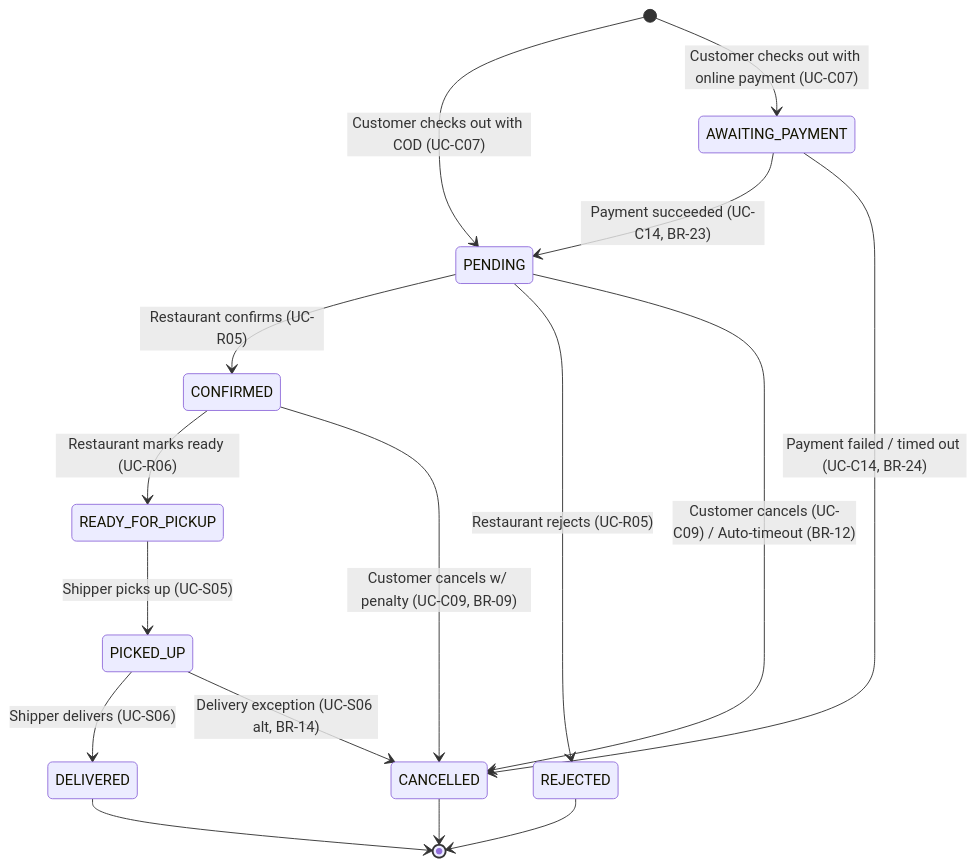
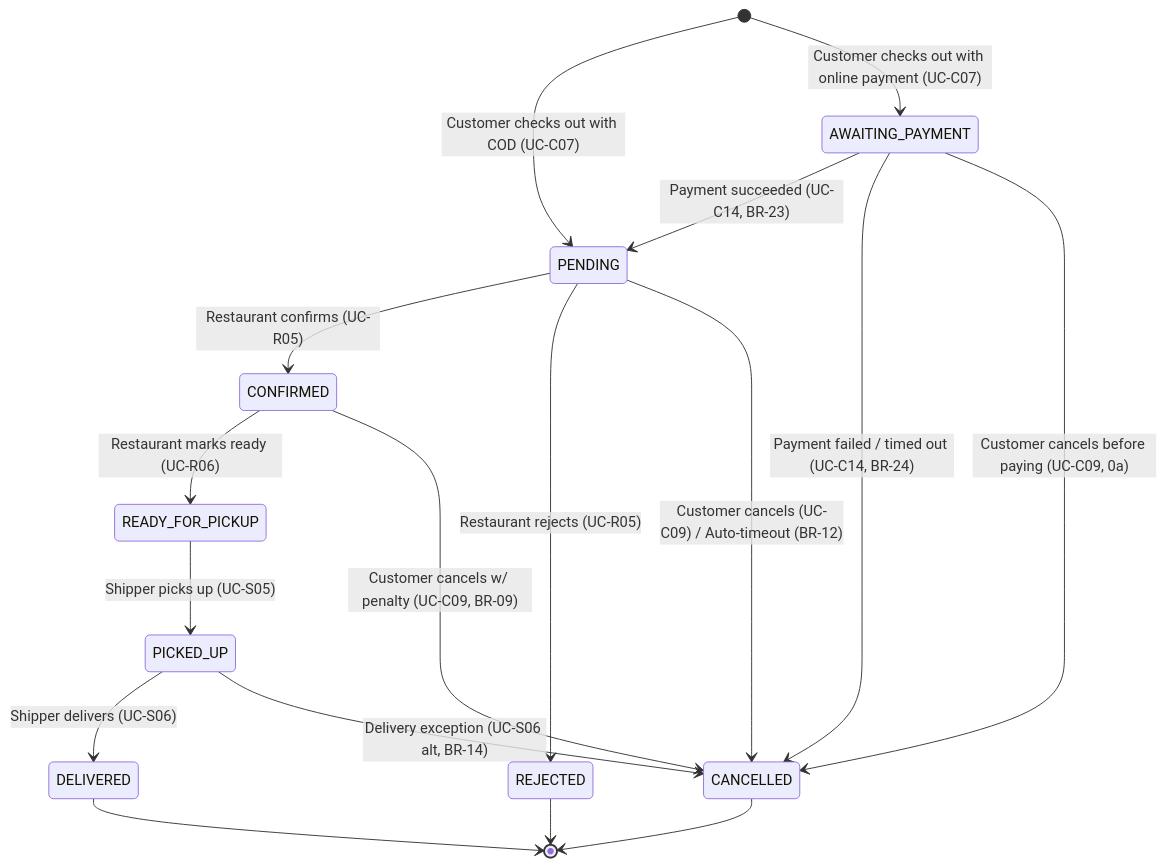
One commit to nhatkhanhisme/foodya changed the third of 3 diagrams in docs/FOODYA_SRS.md. Above: the diagram before and after it, drawn with Mermaid. The commit also changed other lines of this file and 1 other file, not shown here.

````diff
--- a/docs/FOODYA_SRS.md
+++ b/docs/FOODYA_SRS.md
@@ -736,18 +879,19 @@
 ```mermaid
 stateDiagram-v2
     [*] --> PENDING : Customer checks out with COD (UC-C07)
     [*] --> AWAITING_PAYMENT : Customer checks out with online payment (UC-C07)
     AWAITING_PAYMENT --> PENDING : Payment succeeded (UC-C14, BR-23)
     AWAITING_PAYMENT --> CANCELLED : Payment failed / timed out (UC-C14, BR-24)
+    AWAITING_PAYMENT --> CANCELLED : Customer cancels before paying (UC-C09, 0a)
     PENDING --> CONFIRMED : Restaurant confirms (UC-R05)
     PENDING --> REJECTED : Restaurant rejects (UC-R05)
     PENDING --> CANCELLED : Customer cancels (UC-C09) / Auto-timeout (BR-12)
     CONFIRMED --> READY_FOR_PICKUP : Restaurant marks ready (UC-R06)
     CONFIRMED --> CANCELLED : Customer cancels w/ penalty (UC-C09, BR-09)
     READY_FOR_PICKUP --> PICKED_UP : Shipper picks up (UC-S05)
     PICKED_UP --> DELIVERED : Shipper delivers (UC-S06)
     PICKED_UP --> CANCELLED : Delivery exception (UC-S06 alt, BR-14)
     DELIVERED --> [*]
     REJECTED --> [*]
     CANCELLED --> [*]
 ```
````
